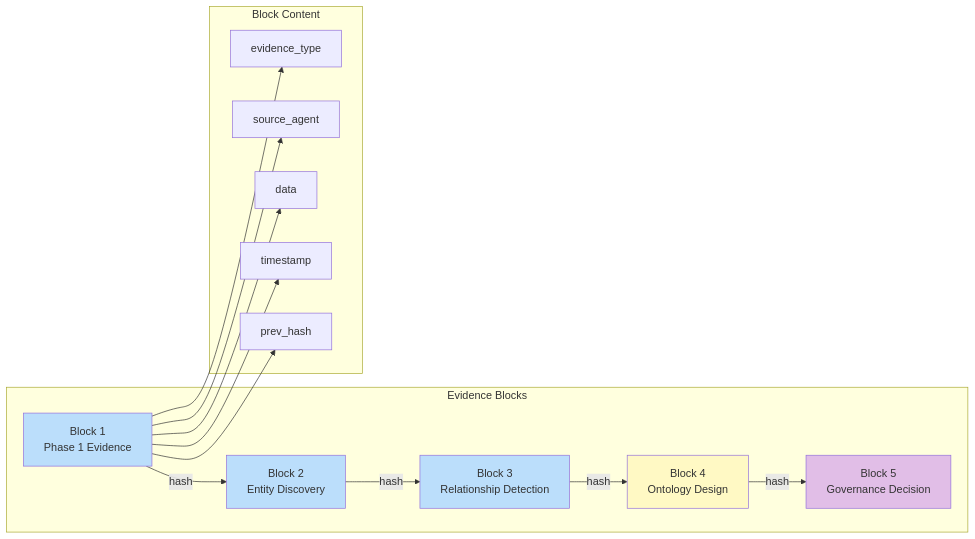
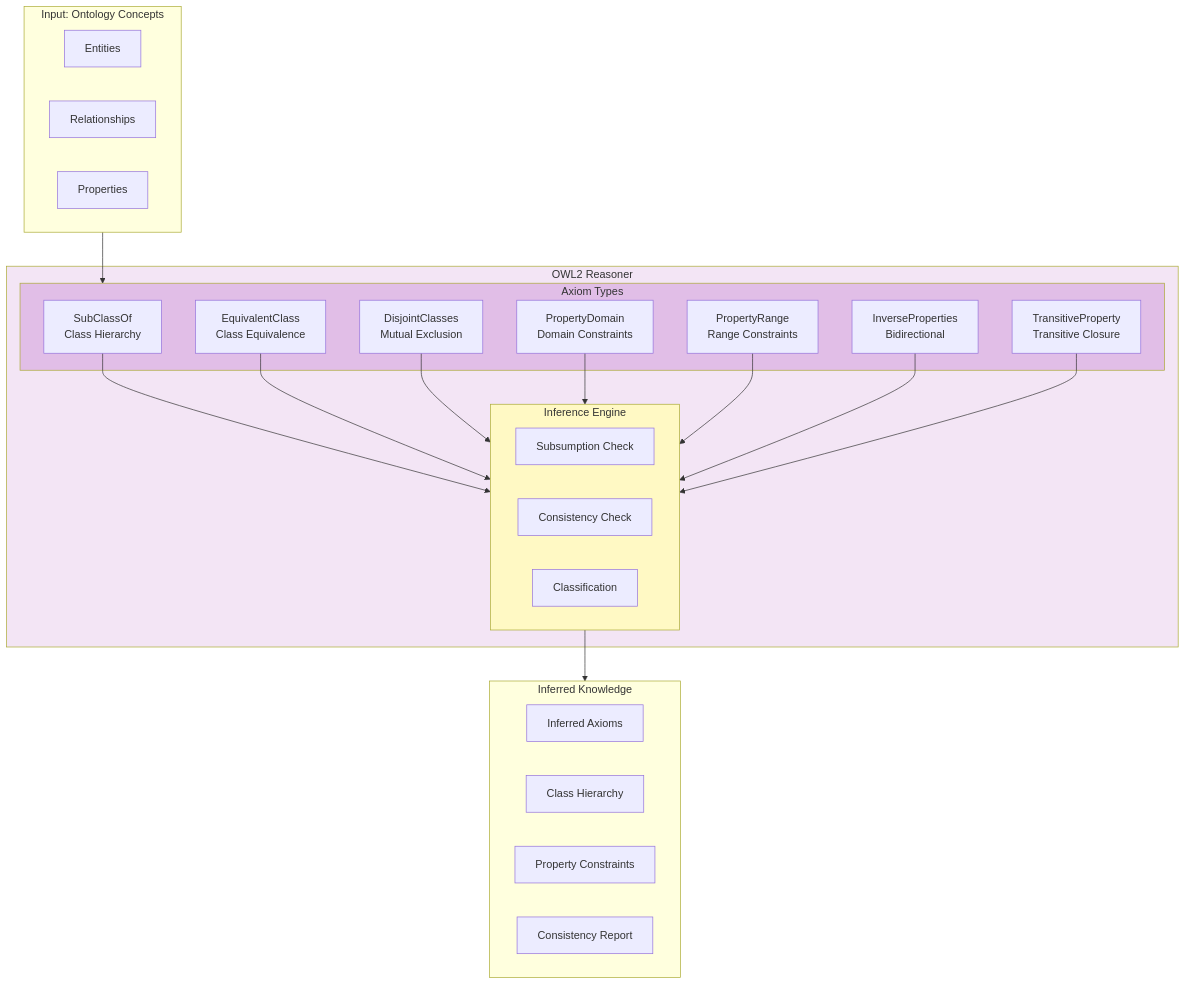
One commit to sabill123/ontology changed the fifth of 11 diagrams in docs/diagrams/02-data-flow.md. Above: the diagram before and after it, drawn with Mermaid. The commit also changed other lines of this file and 176 other files, not shown here.

````diff
--- a/docs/diagrams/02-data-flow.md
+++ b/docs/diagrams/02-data-flow.md
@@ -235,28 +307,41 @@
 ```mermaid
-flowchart LR
-    subgraph BLOCKS["Evidence Blocks"]
-        B1[Block 1<br/>Phase 1 Evidence]
-        B2[Block 2<br/>Entity Discovery]
-        B3[Block 3<br/>Relationship Detection]
-        B4[Block 4<br/>Ontology Design]
-        B5[Block 5<br/>Governance Decision]
+flowchart TB
+    subgraph INPUT["Input: Ontology Concepts"]
+        I1["Entities"]
+        I2["Relationships"]
+        I3["Properties"]
     end
 
-    subgraph CONTENT["Block Content"]
-        C1["evidence_type"]
-        C2["source_agent"]
-        C3["data"]
-        C4["timestamp"]
-        C5["prev_hash"]
+    subgraph OWL2["OWL2 Reasoner"]
+        subgraph AXIOMS["Axiom Types"]
+            A1[SubClassOf<br/>Class Hierarchy]
+            A2[EquivalentClass<br/>Class Equivalence]
+            A3[DisjointClasses<br/>Mutual Exclusion]
+            A4[PropertyDomain<br/>Domain Constraints]
+            A5[PropertyRange<br/>Range Constraints]
+            A6[InverseProperties<br/>Bidirectional]
+            A7[TransitiveProperty<br/>Transitive Closure]
+        end
+
+        subgraph INFERENCE["Inference Engine"]
+            INF1[Subsumption Check]
+            INF2[Consistency Check]
+            INF3[Classification]
+        end
     end
 
-    B1 -->|hash| B2 -->|hash| B3 -->|hash| B4 -->|hash| B5
+    subgraph OUTPUT["Inferred Knowledge"]
+        O1["Inferred Axioms"]
+        O2["Class Hierarchy"]
+        O3["Property Constraints"]
+        O4["Consistency Report"]
+    end
 
-    B1 --> C1 & C2 & C3 & C4 & C5
+    INPUT --> AXIOMS
+    A1 & A2 & A3 & A4 & A5 & A6 & A7 --> INFERENCE
+    INFERENCE --> OUTPUT
 
-    style B1 fill:#bbdefb
-    style B2 fill:#bbdefb
-    style B3 fill:#bbdefb
-    style B4 fill:#fff9c4
-    style B5 fill:#e1bee7
+    style OWL2 fill:#f3e5f5
+    style AXIOMS fill:#e1bee7
+    style INFERENCE fill:#fff9c4
 ```
````
